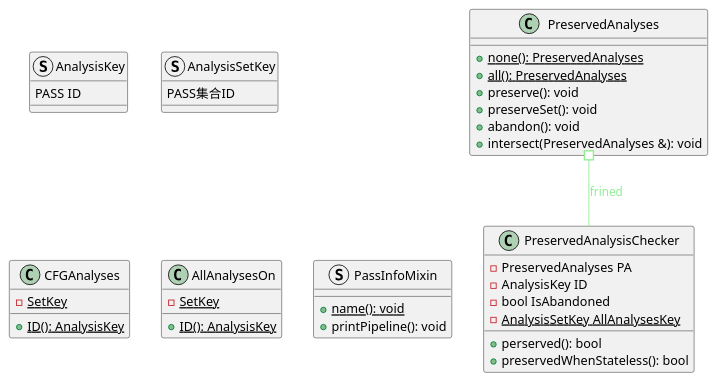
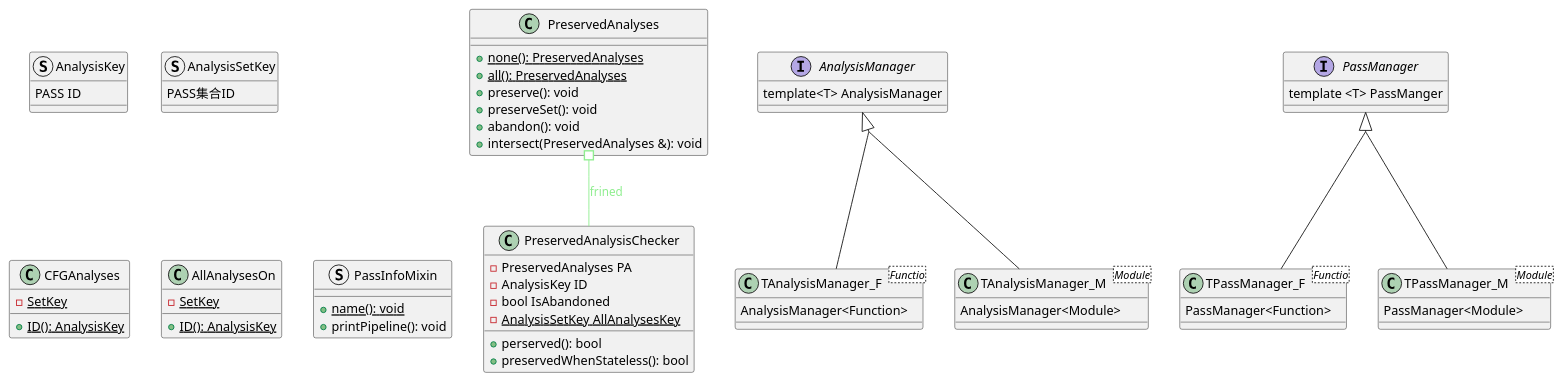
Before and after one commit to Jayson-du/ZPU_summary: the diagram in chapter_2/plantuml/new_pm/architecture.wsd, drawn with PlantUML.

Commit message:
build: learn LLVM New PM

```diff
--- a/chapter_2/plantuml/new_pm/architecture.wsd
+++ b/chapter_2/plantuml/new_pm/architecture.wsd
@@ -1,62 +1,106 @@
 @startuml
 
 top to bottom direction
+
+skinparam groupInheritance 2
 
 ' **********
 ' 类定义
 ' **********
 struct AnalysisKey{
 PASS ID
 }
 
 struct AnalysisSetKey {
 PASS集合ID
 }
 
 together {
 
   class AllAnalysesOn {
     {static} +ID(): AnalysisKey
     {static} -SetKey
   }
 
   class CFGAnalyses {
     {static} + ID(): AnalysisKey
     {static} - SetKey
   }
 
 }
 
 together {
 
   class PreservedAnalyses {
     {static} +none(): PreservedAnalyses
     {static} +all(): PreservedAnalyses
     +preserve(): void
     +preserveSet(): void
     +abandon(): void
     +intersect(PreservedAnalyses &): void
   }
 
   class PreservedAnalysisChecker {
     - PreservedAnalyses PA
     - AnalysisKey ID
     - bool IsAbandoned
     + perserved(): bool
     + preservedWhenStateless(): bool
     {static} - AnalysisSetKey AllAnalysesKey
   }
 }
 
+together {
+  Interface AnalysisManager {
+    template<T> AnalysisManager
+
+  }
+
+  class TAnalysisManager_F<Functio> {
+    AnalysisManager<Function>
+
+  }
+
+  class TAnalysisManager_M<Module> {
+    AnalysisManager<Module>
+
+  }
+
+}
+
+together {
+  Interface PassManager {
+    template <T> PassManger
+  }
+
+  class TPassManager_F<Functio> {
+    PassManager<Function>
+  }
+
+  class TPassManager_M<Module> {
+    PassManager<Module>
+  }
+}
+
+
+
 struct PassInfoMixin {
   {static} +name(): void
   + printPipeline(): void
 }
 
 ' **********
 ' 类关系
 ' **********
-PreservedAnalyses             #--             PreservedAnalysisChecker #line:lightGreen;text:lightGreen : frined
+PreservedAnalyses                 #--               PreservedAnalysisChecker #line:lightGreen;text:lightGreen : frined
 
 
+' AnalysisManager关系
+AnalysisManager                   <|.down.                TAnalysisManager_F
+AnalysisManager                   <|.down.                TAnalysisManager_M
+
+' PassManager关系
+PassManager                       <|.down.                TPassManager_F
+PassManager                       <|.down.                TPassManager_M
+
 @enduml
```
